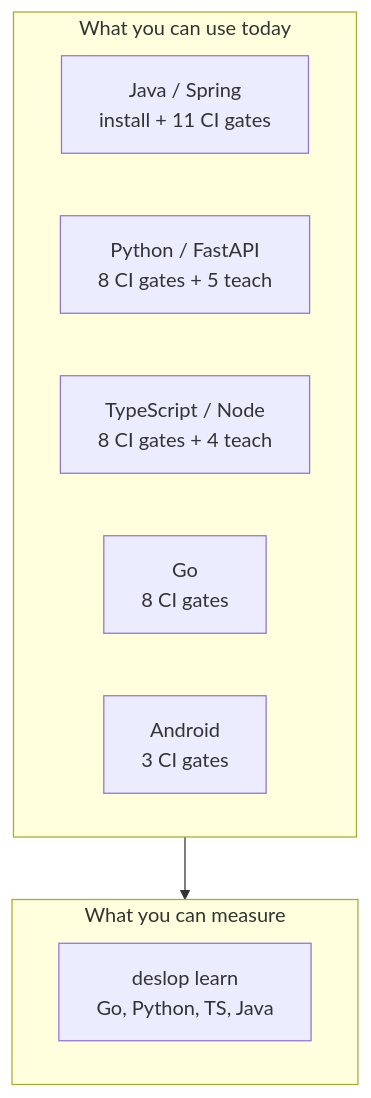
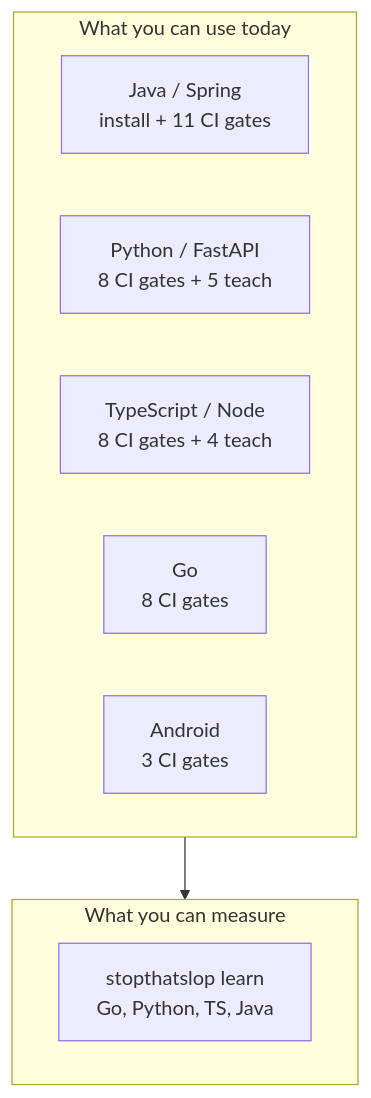
Before and after one commit to Amaresh/deslop: the second of 5 diagrams in README.md, drawn with Mermaid. The commit also changed other lines of this file and 78 other files, not shown here.

First line of the commit message:
Rename the public CLI and packs from deslop to stopthatslop.

````diff
--- a/README.md
+++ b/README.md
@@ -38,14 +40,14 @@
 ```mermaid
 flowchart TB
   subgraph available [What you can use today]
     J["Java / Spring<br/>install + 11 CI gates"]
     P["Python / FastAPI<br/>8 CI gates + 5 teach"]
     T["TypeScript / Node<br/>8 CI gates + 4 teach"]
     G["Go<br/>8 CI gates"]
     A["Android<br/>3 CI gates"]
   end
   subgraph discover [What you can measure]
-    L["deslop learn<br/>Go, Python, TS, Java"]
+    L["stopthatslop learn<br/>Go, Python, TS, Java"]
   end
   available --> discover
 ```
````
